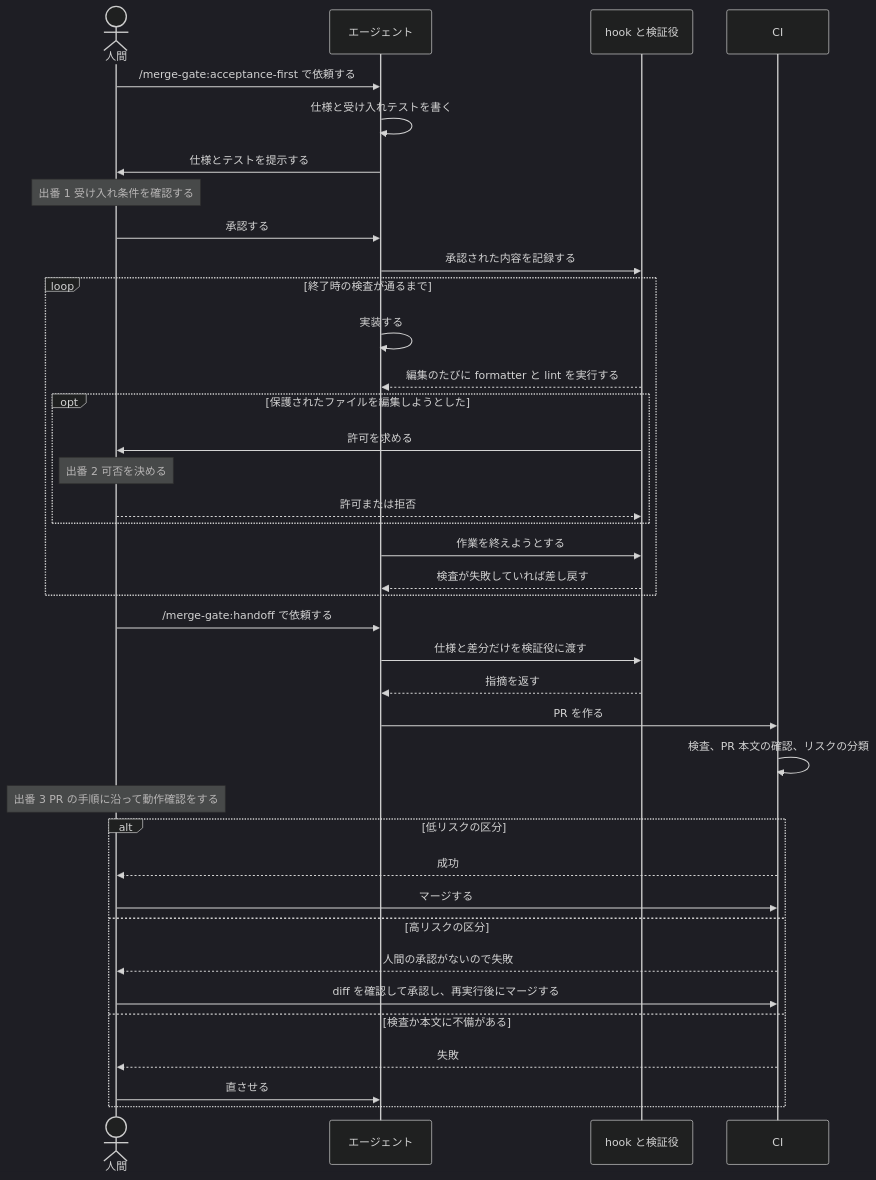
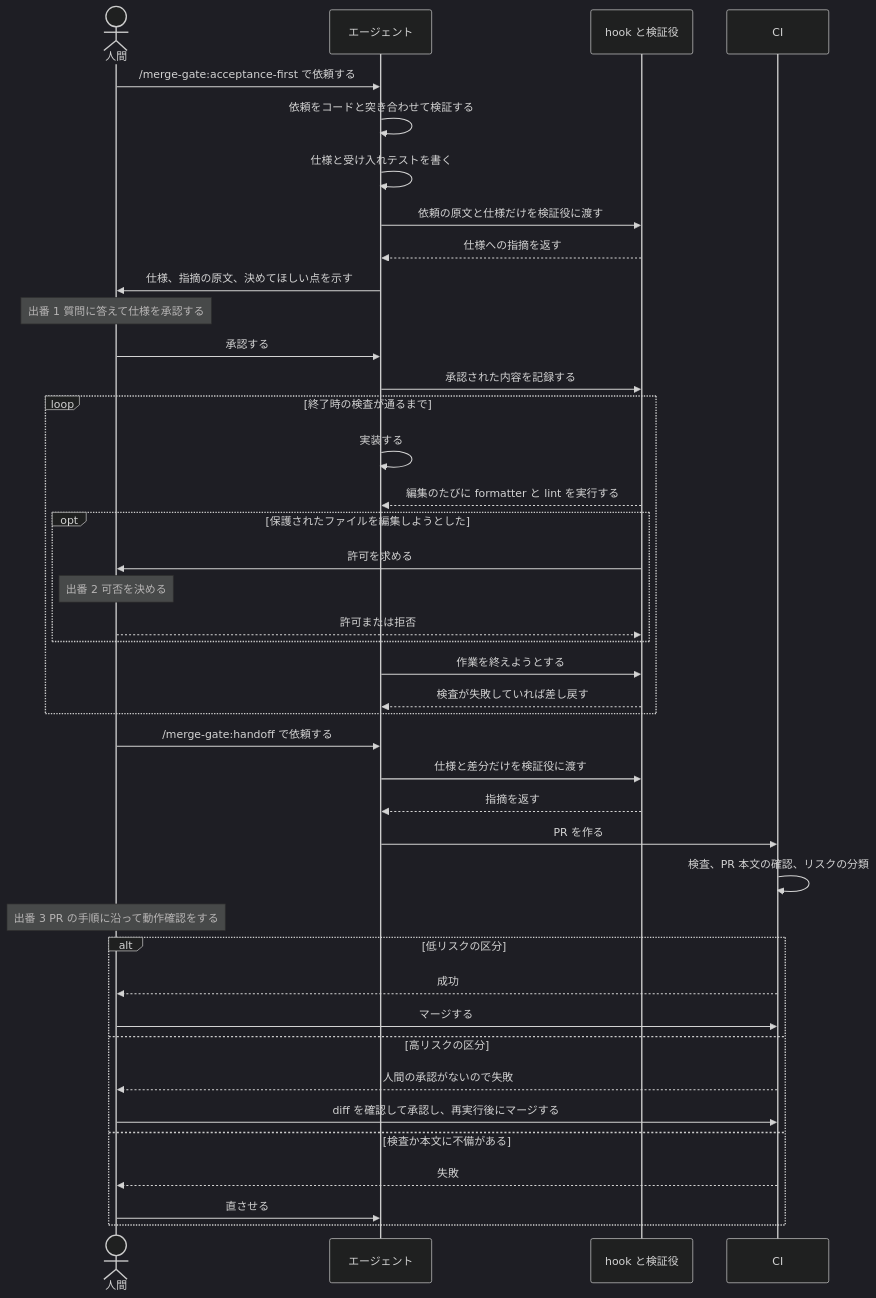
The diagram in README.md (shoooout/merge-gate-harness), drawn with Mermaid (dark theme) before and after one commit. The commit also changed other lines of this file and 11 other files, not shown here.

````diff
--- a/README.md
+++ b/README.md
@@ -131,44 +133,47 @@
 ```mermaid
 sequenceDiagram
     actor H as 人間
     participant A as エージェント
     participant G as hook と検証役
     participant C as CI
 
     H->>A: /merge-gate:acceptance-first で依頼する
+    A->>A: 依頼をコードと突き合わせて検証する
     A->>A: 仕様と受け入れテストを書く
-    A->>H: 仕様とテストを提示する
-    Note over H: 出番 1 受け入れ条件を確認する
+    A->>G: 依頼の原文と仕様だけを検証役に渡す
+    G-->>A: 仕様への指摘を返す
+    A->>H: 仕様、指摘の原文、決めてほしい点を示す
+    Note over H: 出番 1 質問に答えて仕様を承認する
     H->>A: 承認する
     A->>G: 承認された内容を記録する
 
     loop 終了時の検査が通るまで
         A->>A: 実装する
         G-->>A: 編集のたびに formatter と lint を実行する
         opt 保護されたファイルを編集しようとした
             G->>H: 許可を求める
             Note over H: 出番 2 可否を決める
             H-->>G: 許可または拒否
         end
         A->>G: 作業を終えようとする
         G-->>A: 検査が失敗していれば差し戻す
     end
 
     H->>A: /merge-gate:handoff で依頼する
     A->>G: 仕様と差分だけを検証役に渡す
     G-->>A: 指摘を返す
     A->>C: PR を作る
     C->>C: 検査、PR 本文の確認、リスクの分類
 
     Note over H: 出番 3 PR の手順に沿って動作確認をする
     alt 低リスクの区分
         C-->>H: 成功
         H->>C: マージする
     else 高リスクの区分
         C-->>H: 人間の承認がないので失敗
         H->>C: diff を確認して承認し、再実行後にマージする
     else 検査か本文に不備がある
         C-->>H: 失敗
         H->>A: 直させる
     end
 ```
````
